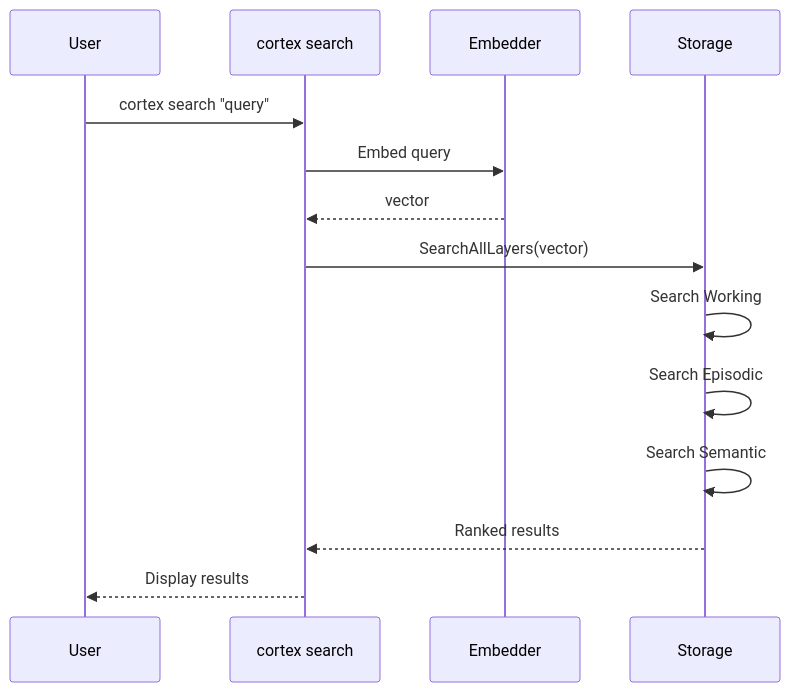
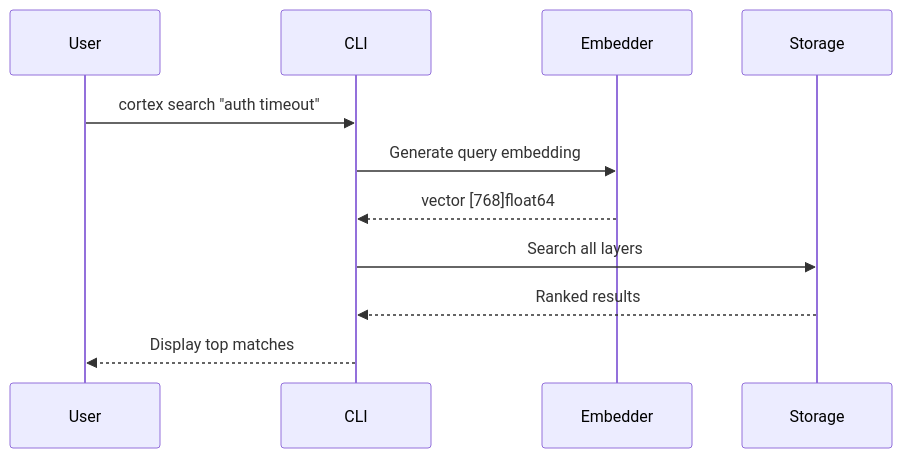
Before and after one commit to fmatsos/cortex: the second of 5 diagrams in docs/CLI_REFERENCE.md, drawn with Mermaid. The commit also changed other lines of this file and 5 other files, not shown here.

First line of the commit message:
docs: comprehensive documentation update with MermaidJS diagrams (#16)

````diff
--- a/docs/CLI_REFERENCE.md
+++ b/docs/CLI_REFERENCE.md
@@ -7,17 +72,14 @@
 ```mermaid
 sequenceDiagram
-    participant U as User
-    participant CLI as cortex search
-    participant E as Embedder
-    participant S as Storage
+    participant User
+    participant CLI
+    participant Embedder
+    participant Storage
 
-    U->>CLI: cortex search "query"
-    CLI->>E: Embed query
-    E-->>CLI: vector
-    CLI->>S: SearchAllLayers(vector)
-    S->>S: Search Working
-    S->>S: Search Episodic
-    S->>S: Search Semantic
-    S-->>CLI: Ranked results
-    CLI-->>U: Display results
+    User->>CLI: cortex search "auth timeout"
+    CLI->>Embedder: Generate query embedding
+    Embedder-->>CLI: vector [768]float64
+    CLI->>Storage: Search all layers
+    Storage-->>CLI: Ranked results
+    CLI-->>User: Display top matches
 ```
````
